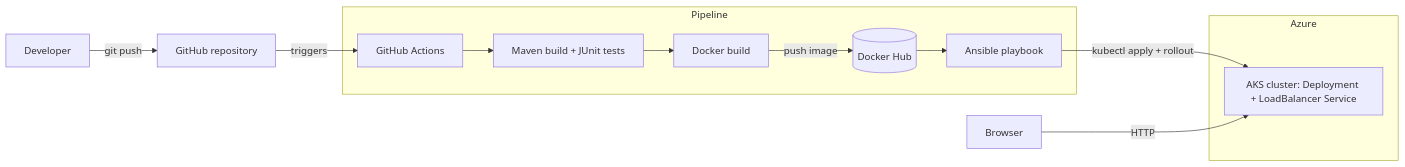
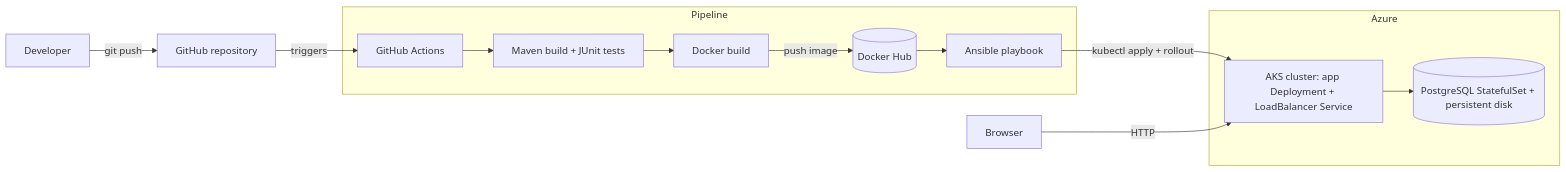
The diagram in README.md (Amoha-V/carpool-matcher-cicd), drawn with Mermaid before and after one commit. The commit also changed other lines of this file and 8 other files, not shown here.

Commit message:
Add PostgreSQL persistence (StatefulSet, Compose, Ansible secret)

````diff
--- a/README.md
+++ b/README.md
@@ -9,16 +9,18 @@
 ```mermaid
 flowchart LR
     Dev[Developer] -->|git push| GH[GitHub repository]
     GH -->|triggers| CI[GitHub Actions]
     subgraph Pipeline
       CI --> B[Maven build + JUnit tests]
       B --> D[Docker build]
       D -->|push image| REG[(Docker Hub)]
       REG --> A[Ansible playbook]
     end
     A -->|kubectl apply + rollout| AKS
     subgraph Azure
-      AKS[AKS cluster: Deployment + LoadBalancer Service]
+      AKS[AKS cluster: app Deployment + LoadBalancer Service]
+      PG[(PostgreSQL StatefulSet + persistent disk)]
+      AKS --> PG
     end
     User[Browser] -->|HTTP| AKS
 ```
````
